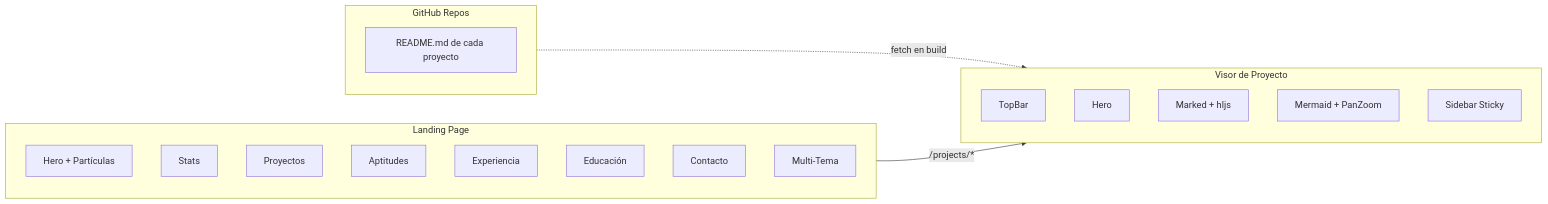
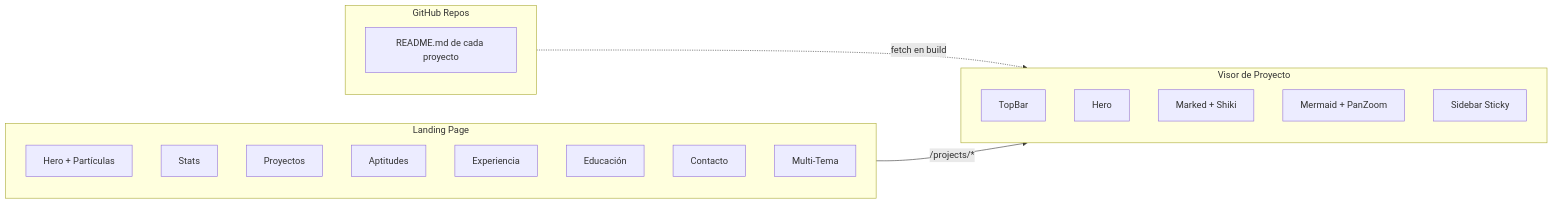
One commit to alvarosac99/Porfolio-2026 changed the diagram in README.md. Above: the diagram before and after it, drawn with Mermaid. The commit also changed other lines of this file and 75 other files, not shown here.

````diff
--- a/README.md
+++ b/README.md
@@ -117,31 +117,31 @@
 ```mermaid
 graph LR
     subgraph Landing["Landing Page"]
         direction TB
         Hero["Hero + Partículas"]
         Stats["Stats"]
         Projects["Proyectos"]
         Skills["Aptitudes"]
         Experience["Experiencia"]
         Education["Educación"]
         Contact["Contacto"]
         Theme["Multi-Tema"]
     end
 
     subgraph Detalle["Visor de Proyecto"]
         direction TB
         TopBar["TopBar"]
         DocHero["Hero"]
-        MD["Marked + hljs"]
+        MD["Marked + Shiki"]
         Mermaid["Mermaid + PanZoom"]
         Sidebar["Sidebar Sticky"]
     end
 
     subgraph GitHub["GitHub Repos"]
         direction TB
         GH["README.md de cada proyecto"]
     end
 
     Projects -->|/projects/*| Detalle
     GitHub -.->|fetch en build| MD
 ```
````
